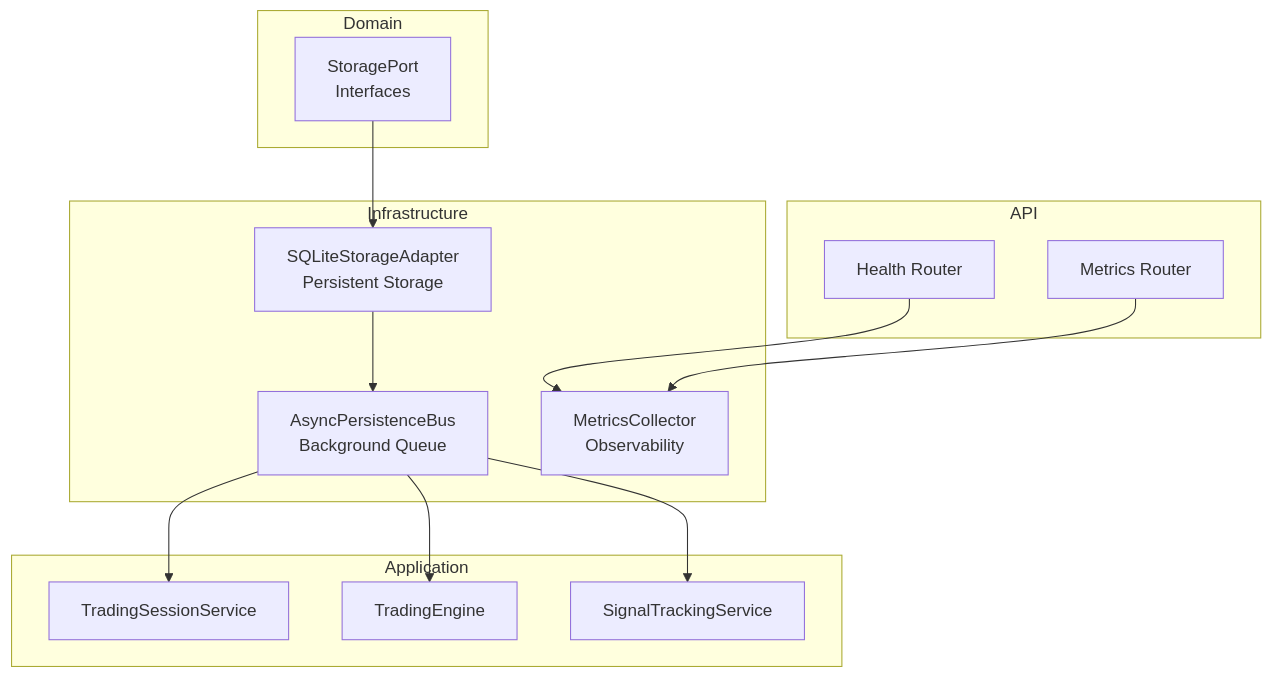
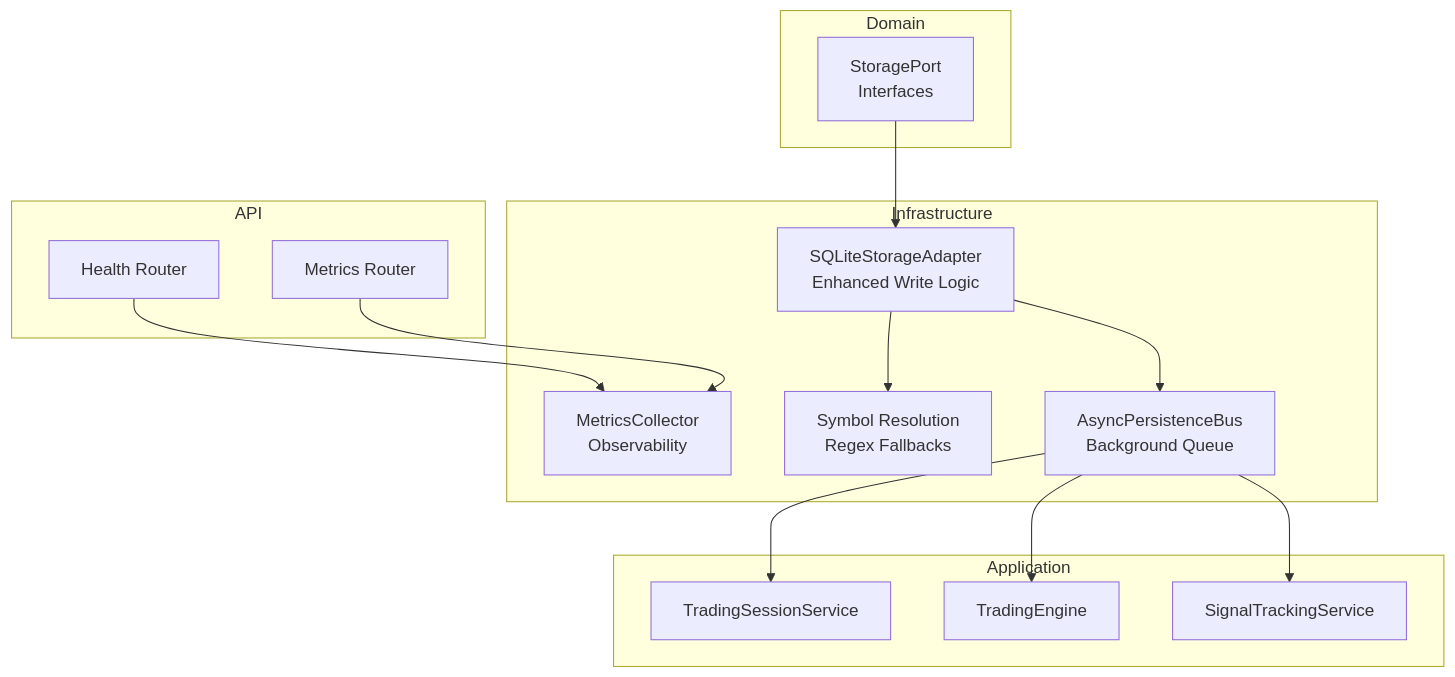
Before and after one commit to gemrajkhatry-maker/v5-of-glassytrade-ai: the first of 7 diagrams in .qoder/repowiki/en/content/Backend Application/Infrastructure Adapters/Storage Adapters.md, drawn with Mermaid. The commit also changed other lines of this file and 930 other files, not shown here.

````diff
--- a/.qoder/repowiki/en/content/Backend Application/Infrastructure Adapters/Storage Adapters.md
+++ b/.qoder/repowiki/en/content/Backend Application/Infrastructure Adapters/Storage Adapters.md
@@ -46,27 +60,29 @@
 ```mermaid
 graph TB
 subgraph "Domain"
 SP["StoragePort<br/>Interfaces"]
 end
 subgraph "Infrastructure"
-SA["SQLiteStorageAdapter<br/>Persistent Storage"]
+SA["SQLiteStorageAdapter<br/>Enhanced Write Logic"]
 AP["AsyncPersistenceBus<br/>Background Queue"]
 MC["MetricsCollector<br/>Observability"]
+SR["Symbol Resolution<br/>Regex Fallbacks"]
 end
 subgraph "Application"
 TS["TradingSessionService"]
 ENG["TradingEngine"]
 SIG["SignalTrackingService"]
 end
 subgraph "API"
 HR["Health Router"]
 MR["Metrics Router"]
 end
 SP --> SA
+SA --> SR
 SA --> AP
 AP --> TS
 AP --> ENG
 AP --> SIG
 HR --> MC
 MR --> MC
 ```
````
